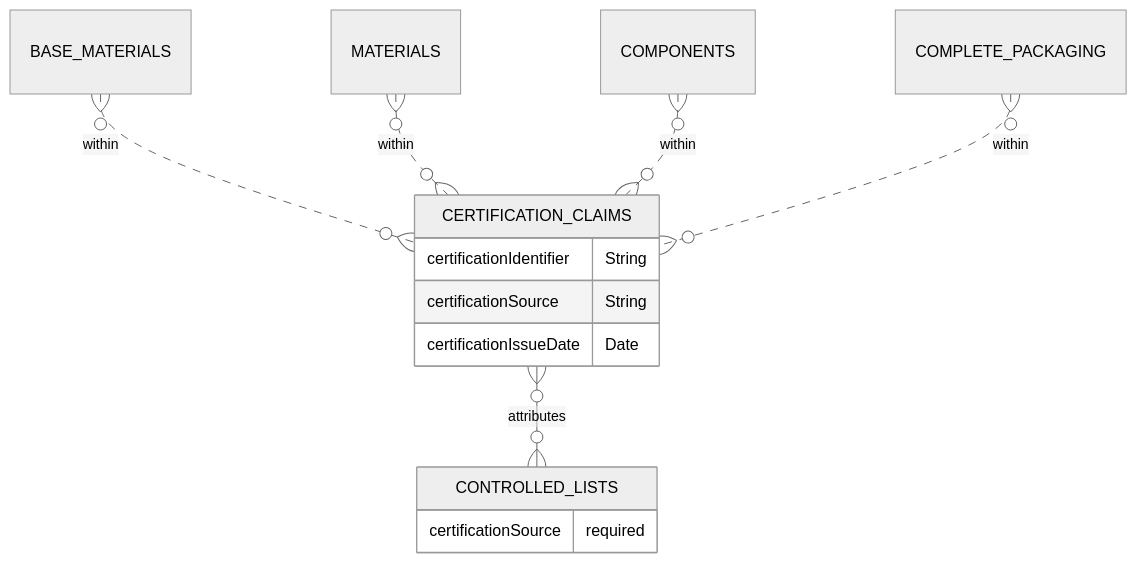
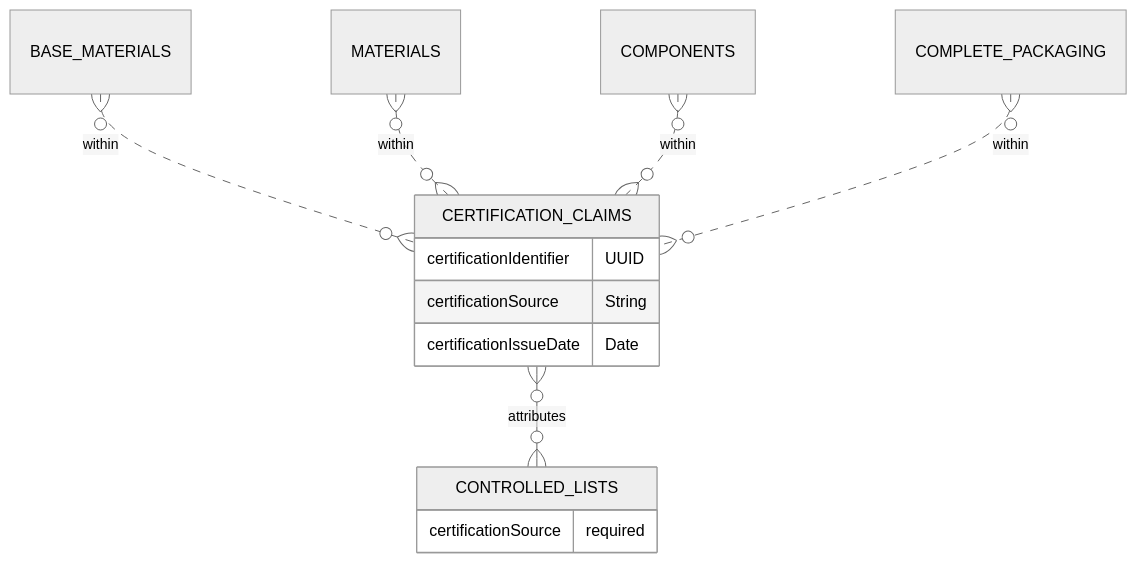
The diagram in docs/6_Relationship_Lists/6_005_Certification_Claims.md (OpenDataManchester/Open3P), drawn with Mermaid (neutral theme) before and after one commit. The commit also changed other lines of this file, not shown here.

Commit message:
Certification Claims to UUID from string

````diff
--- a/docs/6_Relationship_Lists/6_005_Certification_Claims.md
+++ b/docs/6_Relationship_Lists/6_005_Certification_Claims.md
@@ -24,16 +24,16 @@
 ``` mermaid
 erDiagram
   BASE_MATERIALS }o..o{ CERTIFICATION_CLAIMS : within
   MATERIALS }o..o{ CERTIFICATION_CLAIMS : within
   COMPONENTS}o..o{ CERTIFICATION_CLAIMS : within
   COMPLETE_PACKAGING }o..o{ CERTIFICATION_CLAIMS : within
   CERTIFICATION_CLAIMS {
-    certificationIdentifier String
+    certificationIdentifier UUID
     certificationSource String
     certificationIssueDate Date
   }
   CERTIFICATION_CLAIMS }o--o{ CONTROLLED_LISTS : attributes
   CONTROLLED_LISTS {
     certificationSource required 
   }
 ```
````
